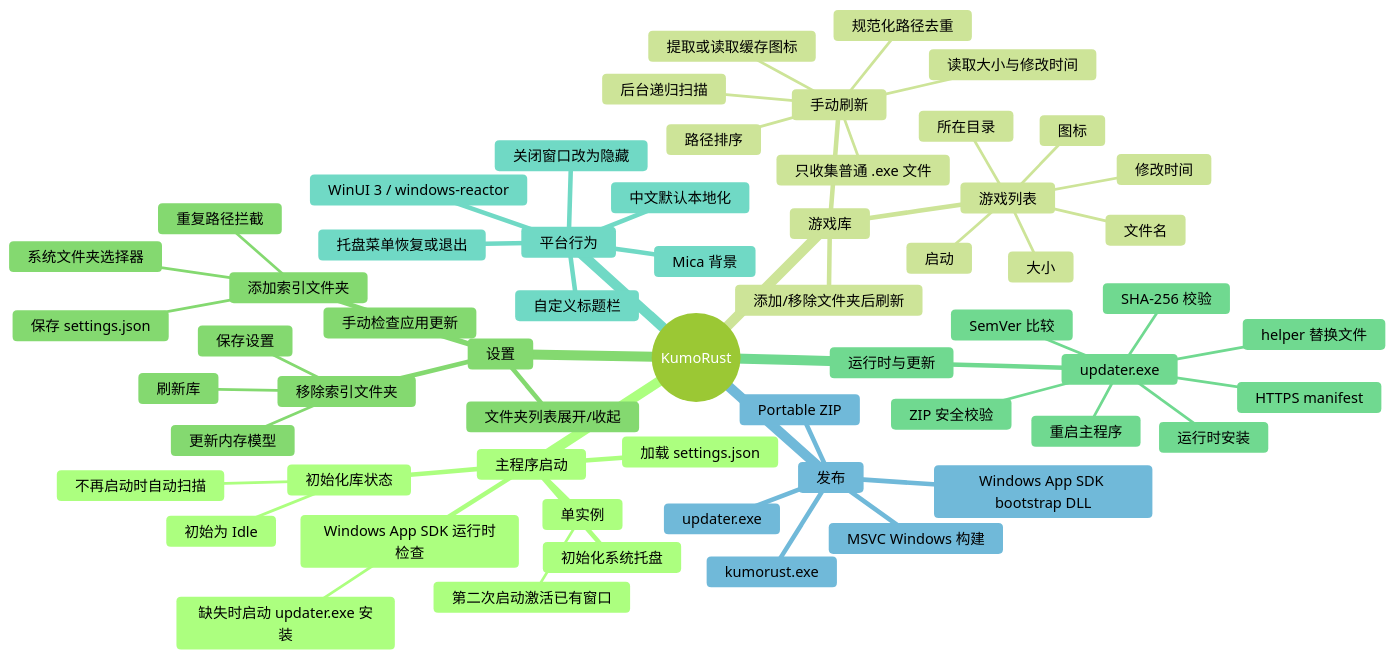
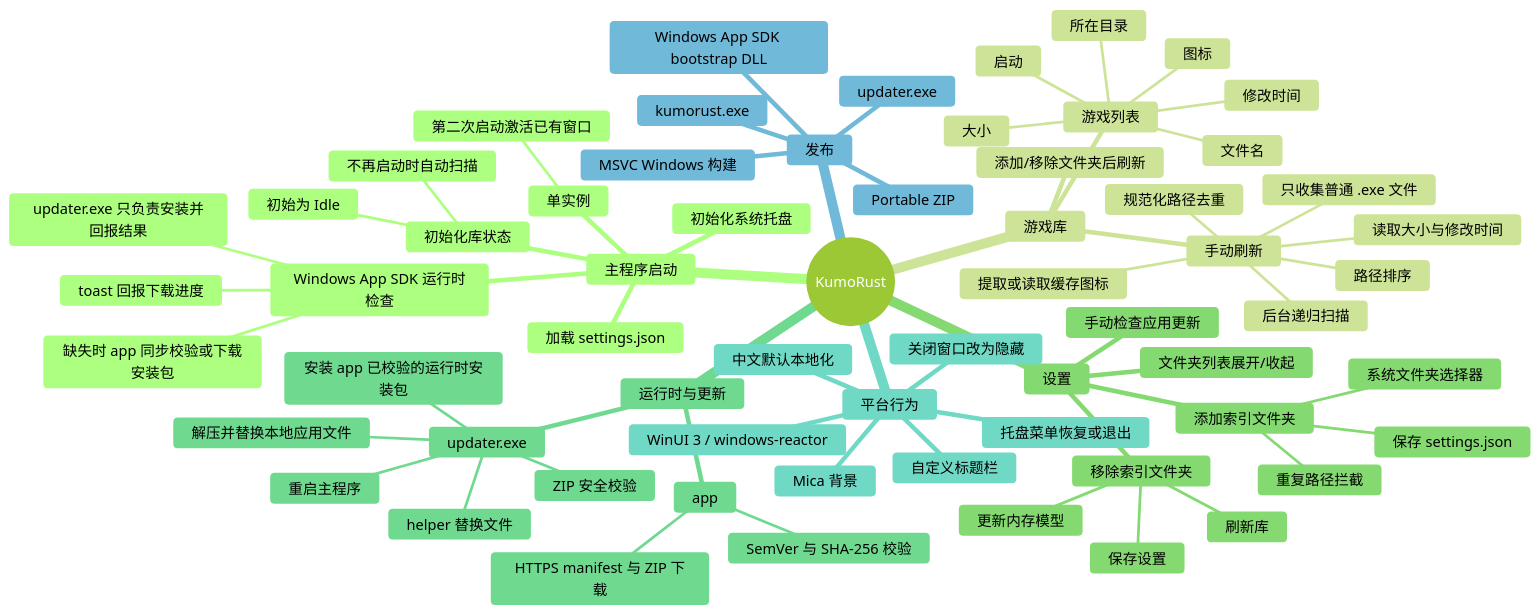
The first of 3 diagrams in docs/kumorust-feature-map.md (kumoproject/kumorust), drawn with Mermaid (forest theme) before and after one commit. The commit also changed other lines of this file and 16 other files, not shown here.

````diff
--- a/docs/kumorust-feature-map.md
+++ b/docs/kumorust-feature-map.md
@@ -13,63 +13,66 @@
 ```mermaid
 mindmap
   root((KumoRust))
     主程序启动
       单实例
         第二次启动激活已有窗口
       Windows App SDK 运行时检查
-        缺失时启动 updater.exe 安装
+        缺失时 app 同步校验或下载安装包
+        toast 回报下载进度
+        updater.exe 只负责安装并回报结果
       初始化系统托盘
       加载 settings.json
       初始化库状态
         初始为 Idle
         不再启动时自动扫描
     游戏库
       手动刷新
         后台递归扫描
         只收集普通 .exe 文件
         规范化路径去重
         路径排序
         读取大小与修改时间
         提取或读取缓存图标
       添加/移除文件夹后刷新
       游戏列表
         图标
         文件名
         所在目录
         大小
         修改时间
         启动
     设置
       添加索引文件夹
         系统文件夹选择器
         重复路径拦截
         保存 settings.json
       移除索引文件夹
         更新内存模型
         保存设置
         刷新库
       文件夹列表展开/收起
       手动检查应用更新
     运行时与更新
+      app
+        HTTPS manifest 与 ZIP 下载
+        SemVer 与 SHA-256 校验
       updater.exe
-        运行时安装
-        HTTPS manifest
-        SemVer 比较
-        SHA-256 校验
+        安装 app 已校验的运行时安装包
+        解压并替换本地应用文件
         ZIP 安全校验
         helper 替换文件
         重启主程序
     平台行为
       WinUI 3 / windows-reactor
       Mica 背景
       自定义标题栏
       关闭窗口改为隐藏
       托盘菜单恢复或退出
       中文默认本地化
     发布
       MSVC Windows 构建
       Portable ZIP
       kumorust.exe
       updater.exe
       Windows App SDK bootstrap DLL
 ```
````
